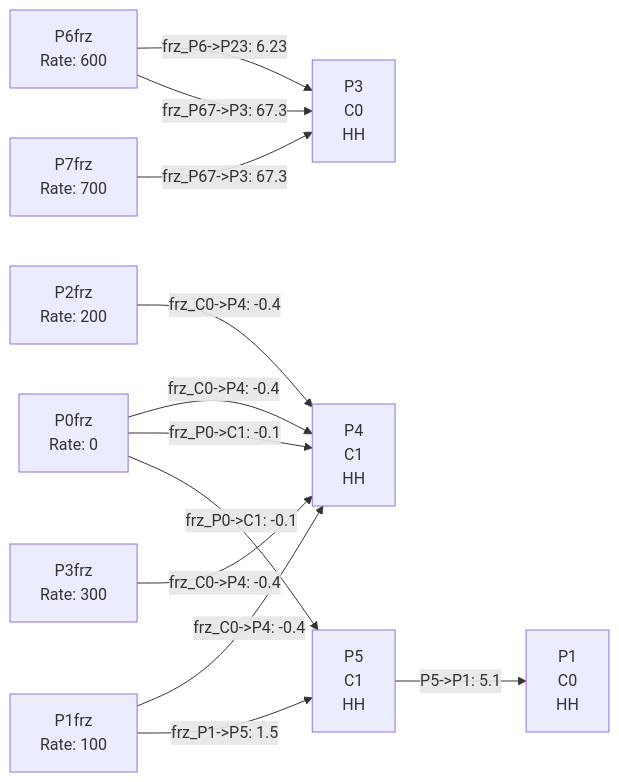
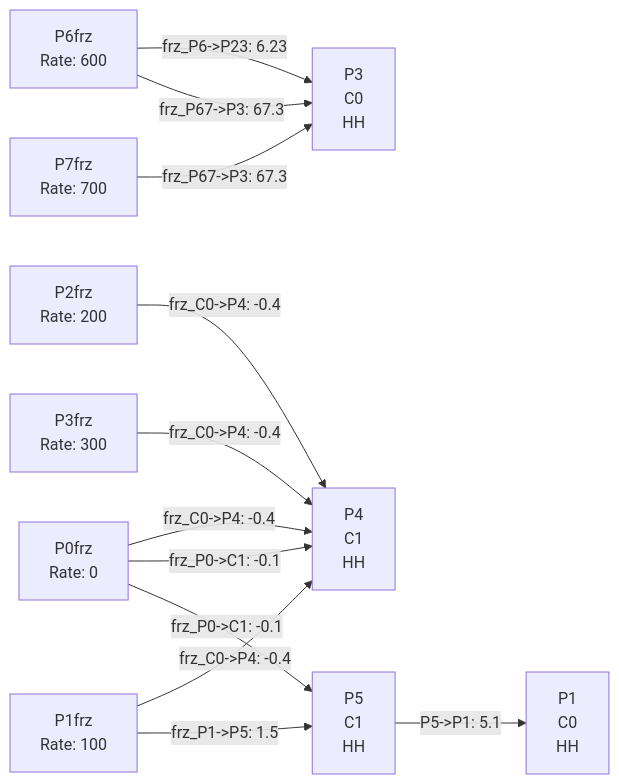
One commit to niknovikov19/subnet-builder changed the diagram in test/basic/par_sub_8.md. Above: the diagram before and after it, drawn with Mermaid. The commit also changed other lines of this file and 4 other files, not shown here.

````diff
--- a/test/basic/par_sub_8.md
+++ b/test/basic/par_sub_8.md
@@ -15,24 +15,24 @@
 ```mermaid
 graph LR
     P1["P1<br/>C0<br/>HH"]
     P3["P3<br/>C0<br/>HH"]
     P4["P4<br/>C1<br/>HH"]
     P5["P5<br/>C1<br/>HH"]
+    P3frz["P3frz<br/>Rate: 300"]
+    P6frz["P6frz<br/>Rate: 600"]
+    P1frz["P1frz<br/>Rate: 100"]
+    P0frz["P0frz<br/>Rate: 0"]
     P7frz["P7frz<br/>Rate: 700"]
-    P6frz["P6frz<br/>Rate: 600"]
-    P0frz["P0frz<br/>Rate: 0"]
     P2frz["P2frz<br/>Rate: 200"]
-    P3frz["P3frz<br/>Rate: 300"]
-    P1frz["P1frz<br/>Rate: 100"]
     P0frz -->|frz_C0->P4: -0.4| P4
     P1frz -->|frz_C0->P4: -0.4| P4
     P2frz -->|frz_C0->P4: -0.4| P4
     P3frz -->|frz_C0->P4: -0.4| P4
     P0frz -->|frz_P0->C1: -0.1| P4
     P0frz -->|frz_P0->C1: -0.1| P5
     P1frz -->|frz_P1->P5: 1.5| P5
     P5 -->|P5->P1: 5.1| P1
     P6frz -->|frz_P6->P23: 6.23| P3
     P6frz -->|frz_P67->P3: 67.3| P3
     P7frz -->|frz_P67->P3: 67.3| P3
 ```
````
